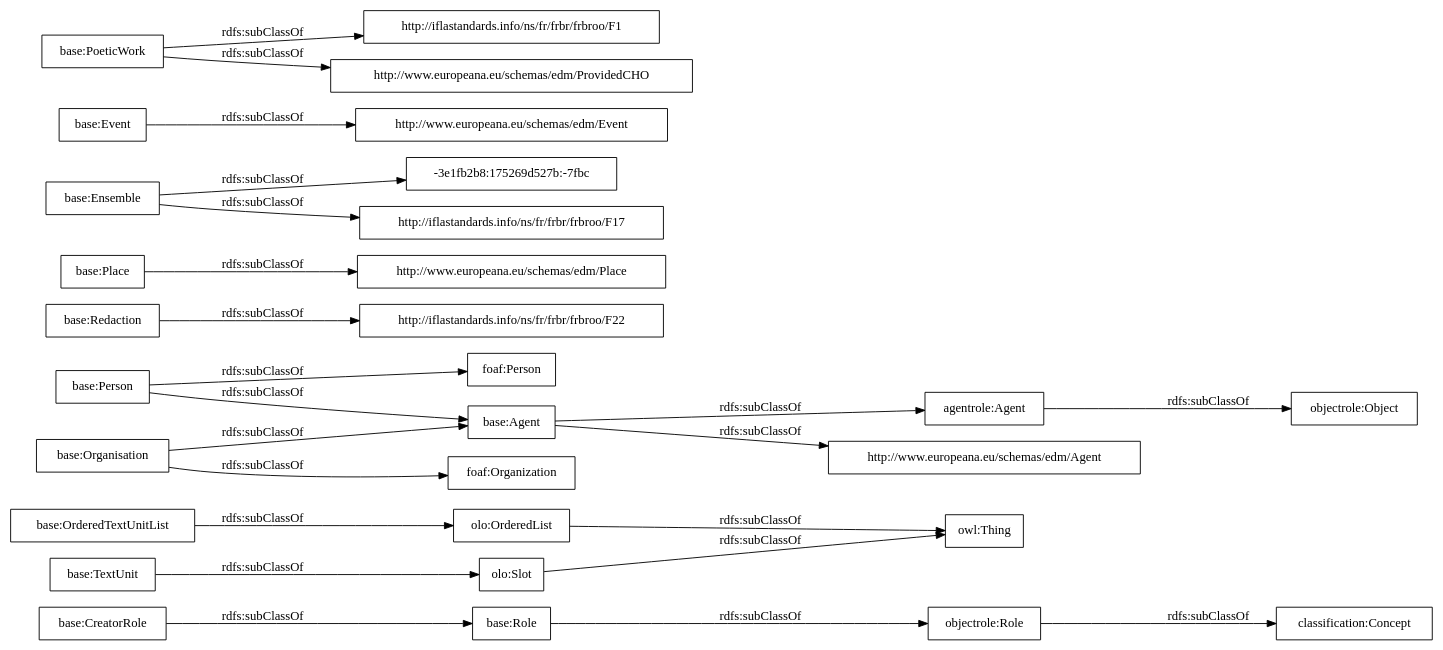
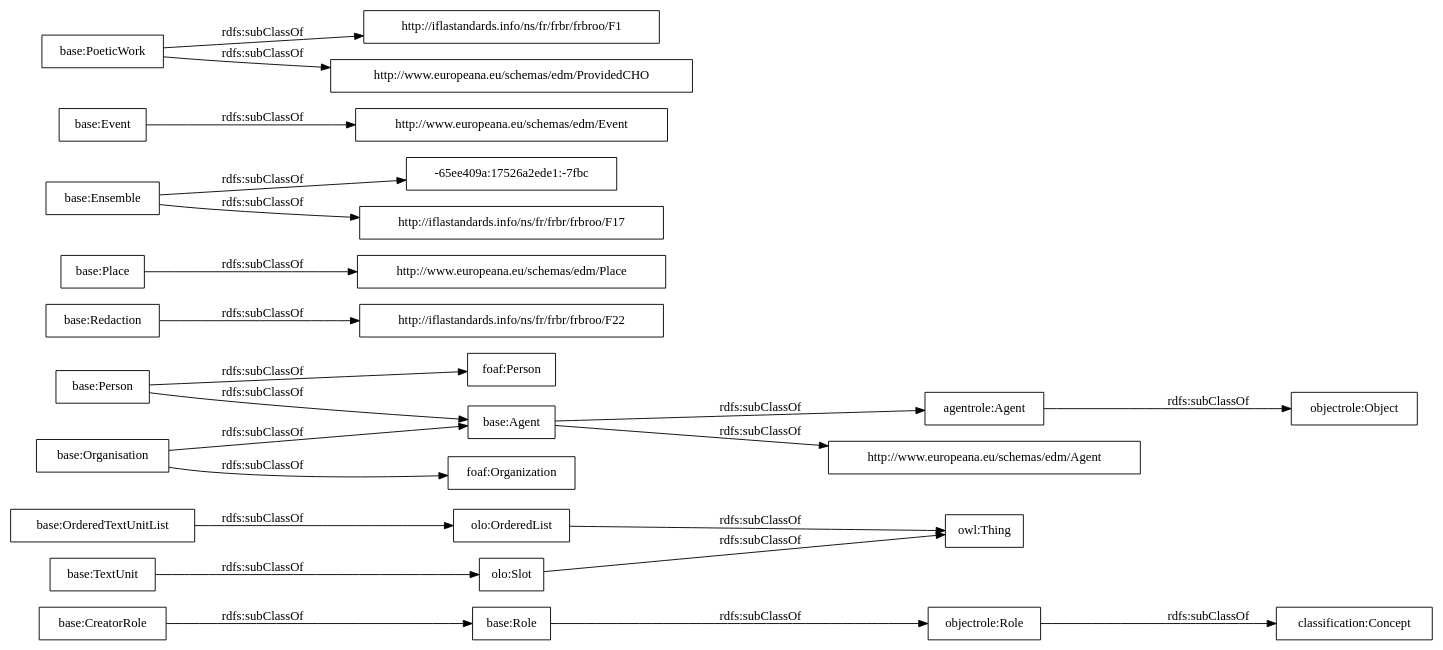
One commit to OnToologyUser/core-ontology-1 changed the diagram in OnToology/postdata-core.owl/diagrams/ar2dtool-taxonomy/postdata-core.owl.png.dot. Above: the diagram before and after it, drawn with Graphviz. The commit also changed 14 other files, not shown here.

```diff
--- a/OnToology/postdata-core.owl/diagrams/ar2dtool-taxonomy/postdata-core.owl.png.dot
+++ b/OnToology/postdata-core.owl/diagrams/ar2dtool-taxonomy/postdata-core.owl.png.dot
@@ -1,27 +1,27 @@
 digraph ar2dtool_diagram { 
 rankdir=LR;
 size="1000"
-node [shape = rectangle, color="black"]; "base:Role" "base:OrderedTextUnitList" "agentrole:Agent" "http://iflastandards.info/ns/fr/frbr/frbroo/F22" "http://www.europeana.eu/schemas/edm/Agent" "base:Agent" "base:CreatorRole" "base:Person" "base:Organisation" "http://www.europeana.eu/schemas/edm/Place" "base:Redaction" "base:Ensemble" "foaf:Person" "http://www.europeana.eu/schemas/edm/Event" "-3e1fb2b8:175269d527b:-7fbc" "base:TextUnit" "http://iflastandards.info/ns/fr/frbr/frbroo/F1" "foaf:Organization" "http://www.europeana.eu/schemas/edm/ProvidedCHO" "base:Place" "base:Event" "base:PoeticWork" "http://iflastandards.info/ns/fr/frbr/frbroo/F17" "owl:Thing" "objectrole:Role" "objectrole:Object" "olo:Slot" "olo:OrderedList" "classification:Concept" ; /*classes style*/
+node [shape = rectangle, color="black"]; "base:Role" "base:OrderedTextUnitList" "agentrole:Agent" "http://iflastandards.info/ns/fr/frbr/frbroo/F22" "http://www.europeana.eu/schemas/edm/Agent" "base:Agent" "base:CreatorRole" "base:Person" "base:Organisation" "http://www.europeana.eu/schemas/edm/Place" "base:Redaction" "base:Ensemble" "foaf:Person" "http://www.europeana.eu/schemas/edm/Event" "base:TextUnit" "http://iflastandards.info/ns/fr/frbr/frbroo/F1" "foaf:Organization" "http://www.europeana.eu/schemas/edm/ProvidedCHO" "base:Place" "base:Event" "-65ee409a:17526a2ede1:-7fbc" "base:PoeticWork" "http://iflastandards.info/ns/fr/frbr/frbroo/F17" "owl:Thing" "objectrole:Role" "objectrole:Object" "olo:Slot" "olo:OrderedList" "classification:Concept" ; /*classes style*/
 	"base:Redaction" -> "http://iflastandards.info/ns/fr/frbr/frbroo/F22" [ label = "rdfs:subClassOf" ];
 	"base:Role" -> "objectrole:Role" [ label = "rdfs:subClassOf" ];
 	"base:Event" -> "http://www.europeana.eu/schemas/edm/Event" [ label = "rdfs:subClassOf" ];
 	"base:Person" -> "foaf:Person" [ label = "rdfs:subClassOf" ];
 	"base:Person" -> "base:Agent" [ label = "rdfs:subClassOf" ];
 	"olo:OrderedList" -> "owl:Thing" [ label = "rdfs:subClassOf" ];
 	"olo:Slot" -> "owl:Thing" [ label = "rdfs:subClassOf" ];
 	"base:PoeticWork" -> "http://www.europeana.eu/schemas/edm/ProvidedCHO" [ label = "rdfs:subClassOf" ];
 	"base:PoeticWork" -> "http://iflastandards.info/ns/fr/frbr/frbroo/F1" [ label = "rdfs:subClassOf" ];
 	"base:TextUnit" -> "olo:Slot" [ label = "rdfs:subClassOf" ];
 	"agentrole:Agent" -> "objectrole:Object" [ label = "rdfs:subClassOf" ];
-	"base:Ensemble" -> "-3e1fb2b8:175269d527b:-7fbc" [ label = "rdfs:subClassOf" ];
+	"base:Ensemble" -> "-65ee409a:17526a2ede1:-7fbc" [ label = "rdfs:subClassOf" ];
 	"base:Ensemble" -> "http://iflastandards.info/ns/fr/frbr/frbroo/F17" [ label = "rdfs:subClassOf" ];
 	"base:OrderedTextUnitList" -> "olo:OrderedList" [ label = "rdfs:subClassOf" ];
 	"base:Agent" -> "agentrole:Agent" [ label = "rdfs:subClassOf" ];
 	"base:Agent" -> "http://www.europeana.eu/schemas/edm/Agent" [ label = "rdfs:subClassOf" ];
 	"objectrole:Role" -> "classification:Concept" [ label = "rdfs:subClassOf" ];
 	"base:Place" -> "http://www.europeana.eu/schemas/edm/Place" [ label = "rdfs:subClassOf" ];
 	"base:Organisation" -> "foaf:Organization" [ label = "rdfs:subClassOf" ];
 	"base:Organisation" -> "base:Agent" [ label = "rdfs:subClassOf" ];
 	"base:CreatorRole" -> "base:Role" [ label = "rdfs:subClassOf" ];
 
 }
```
